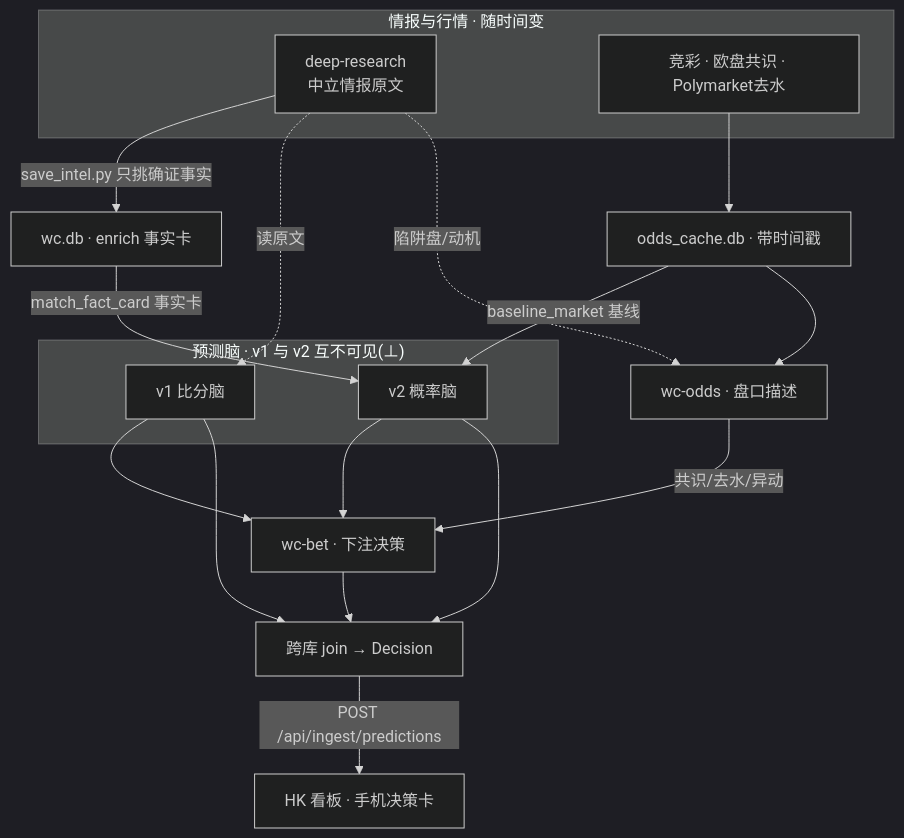
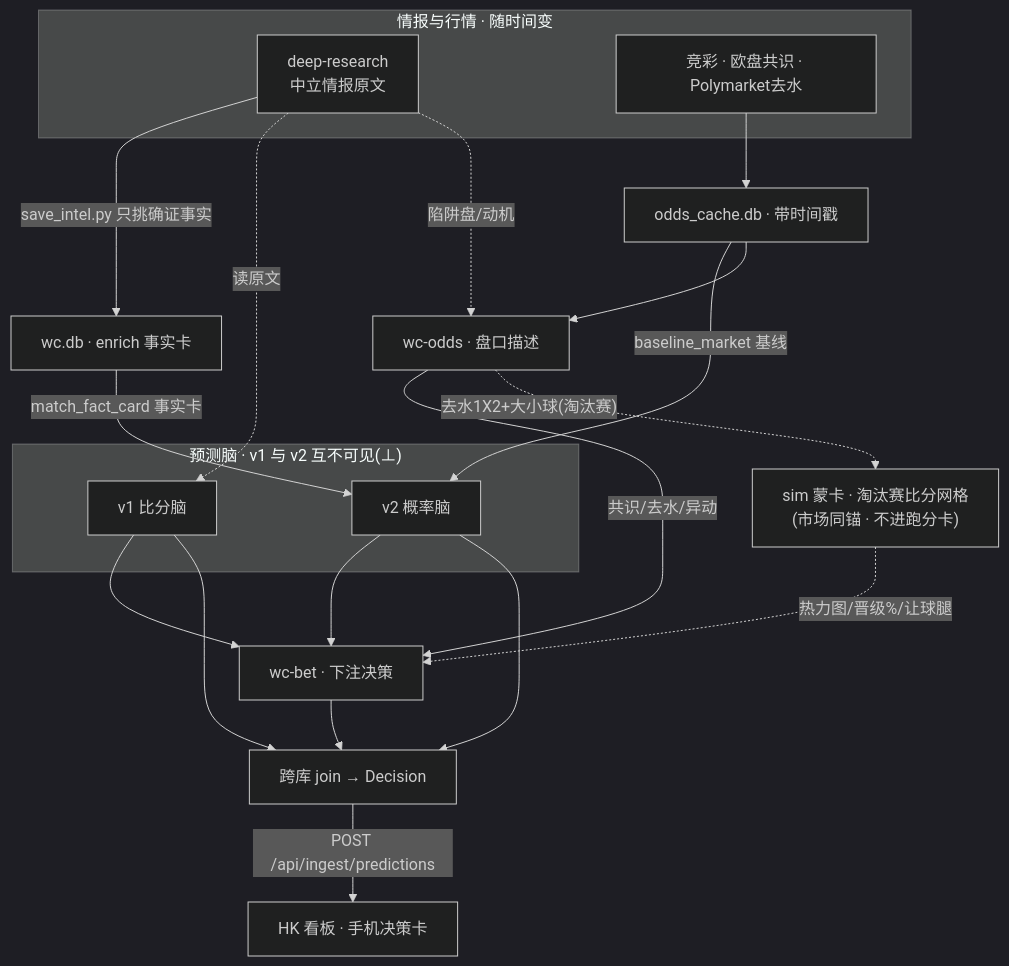
One commit to hyndaniel/fifa-world-cup-2026 changed the diagram in README.md. Above: the diagram before and after it, drawn with Mermaid (dark theme). The commit also changed 1 other file, not shown here.

Commit message:
docs: 蒙卡支路画进数据流图(README mermaid + 架构 §1.1)
- README mermaid: 加 SIM 节点, wc-odds 去水 ⇢ sim ⇢ wc-bet(虚线=淘汰赛支路)
- 架构 §1.1 ASCII: 盘口脑列下加 wc-bet 调 sim 蒙卡注记(同锚·不进跑分)

````diff
--- a/README.md
+++ b/README.md
@@ -19,31 +19,34 @@
 ```mermaid
 flowchart TB
     subgraph SRC["情报与行情 · 随时间变"]
         DS["deep-research<br/>中立情报原文"]
         ODDS["竞彩 · 欧盘共识 · Polymarket去水"]
     end
 
     DS -->|"save_intel.py 只挑确证事实"| ENRICH["wc.db · enrich 事实卡"]
     ODDS --> CACHE["odds_cache.db · 带时间戳"]
 
     subgraph BRAINS["预测脑 · v1 与 v2 互不可见(⊥)"]
         V1["v1 比分脑"]
         V2["v2 概率脑"]
     end
     ODDS_A["wc-odds · 盘口描述"]
     BET["wc-bet · 下注决策"]
+    SIM["sim 蒙卡 · 淘汰赛比分网格<br/>(市场同锚 · 不进跑分卡)"]
 
     DS -.->|读原文| V1
     DS -.->|陷阱盘/动机| ODDS_A
     ENRICH -->|"match_fact_card 事实卡"| V2
     CACHE -->|"baseline_market 基线"| V2
     CACHE --> ODDS_A
     ODDS_A -->|共识/去水/异动| BET
+    ODDS_A -.->|"去水1X2+大小球(淘汰赛)"| SIM
+    SIM -.->|"热力图/晋级%/让球腿"| BET
     V1 --> BET
     V2 --> BET
 
     V1 --> JOIN["跨库 join → Decision"]
     V2 --> JOIN
     BET --> JOIN
     JOIN -->|"POST /api/ingest/predictions"| DASH["HK 看板 · 手机决策卡"]
 ```
````
